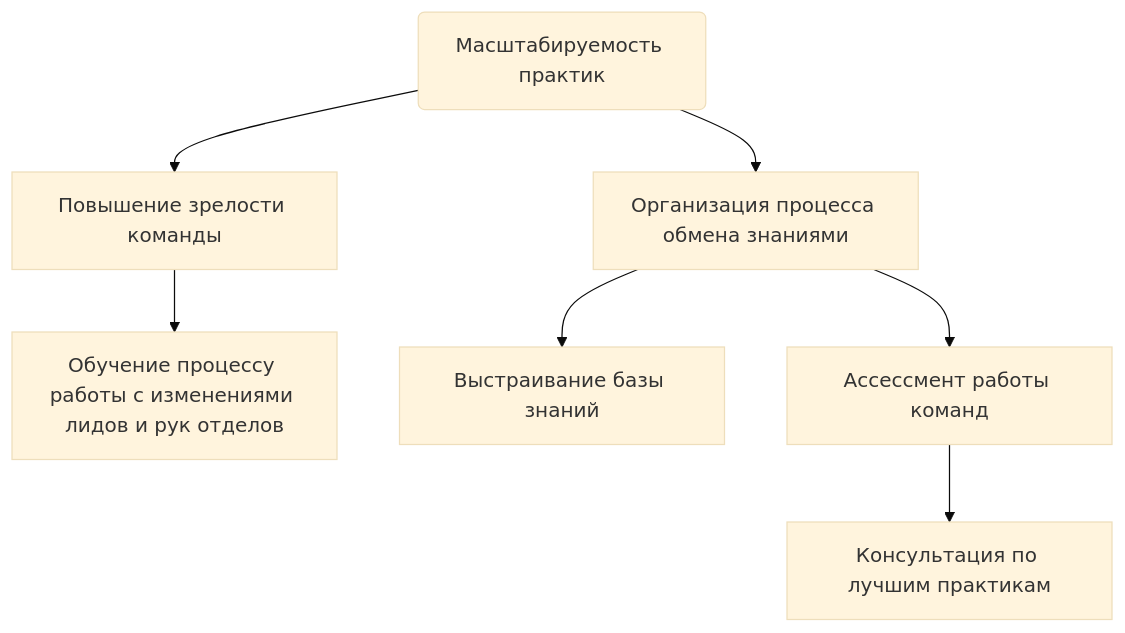
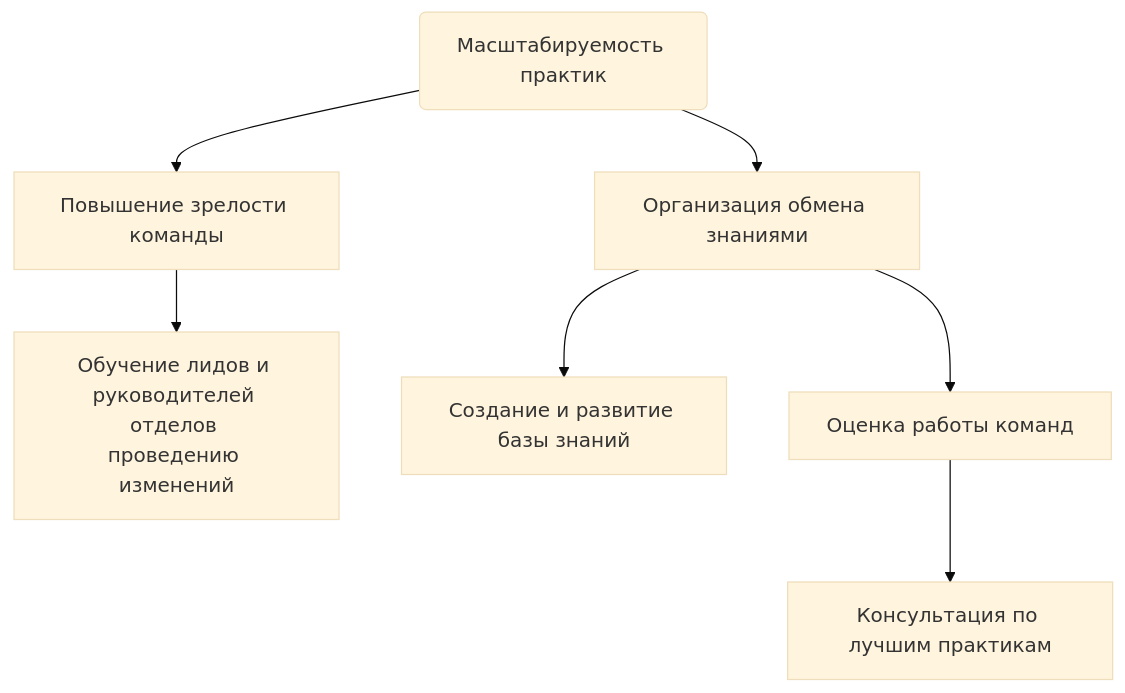
The third of 3 diagrams in docs/profession/about.md (Tinkoff/dm-knowledgebase), drawn with Mermaid (base theme) before and after one commit. The commit also changed other lines of this file and 7 other files, not shown here.

````diff
--- a/docs/profession/about.md
+++ b/docs/profession/about.md
@@ -50,7 +50,7 @@
 ```mermaid
 graph TD
-  A(Масштабируемость практик) --> B[Повышение зрелости команды] & C[Организация процесса обмена знаниями]
-  B --> B1[Обучение процессу работы с изменениями <br>лидов и рук отделов]
-  C --> D[Выстраивание базы знаний] & E[Ассессмент работы команд]
+  A(Масштабируемость практик) --> B[Повышение зрелости команды] & C[Организация обмена знаниями]
+  B --> B1[Обучение лидов и руководителей отделов <br>проведению изменений]
+  C --> D[Создание и развитие базы знаний] & E[Оценка работы команд]
   E --> E1[Консультация по лучшим практикам]
 ```
````
